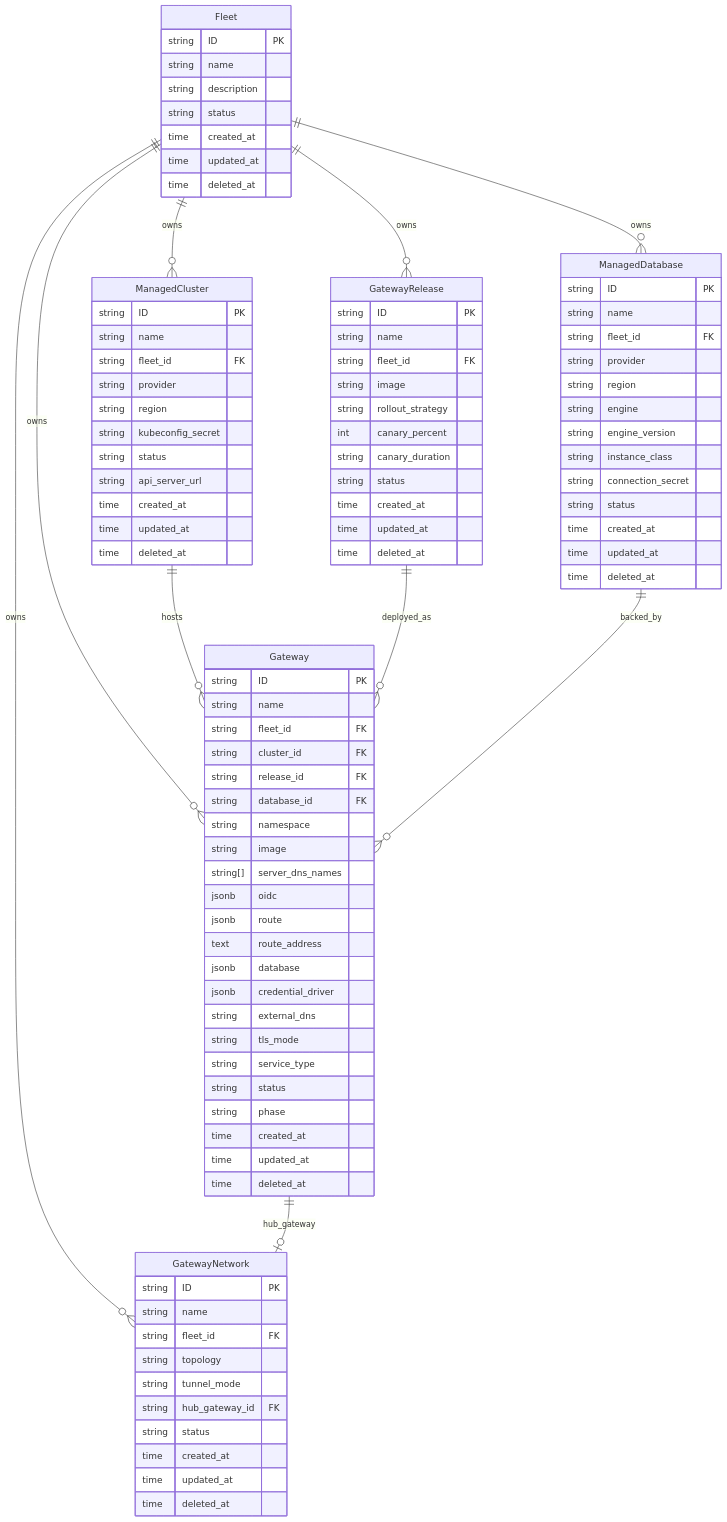
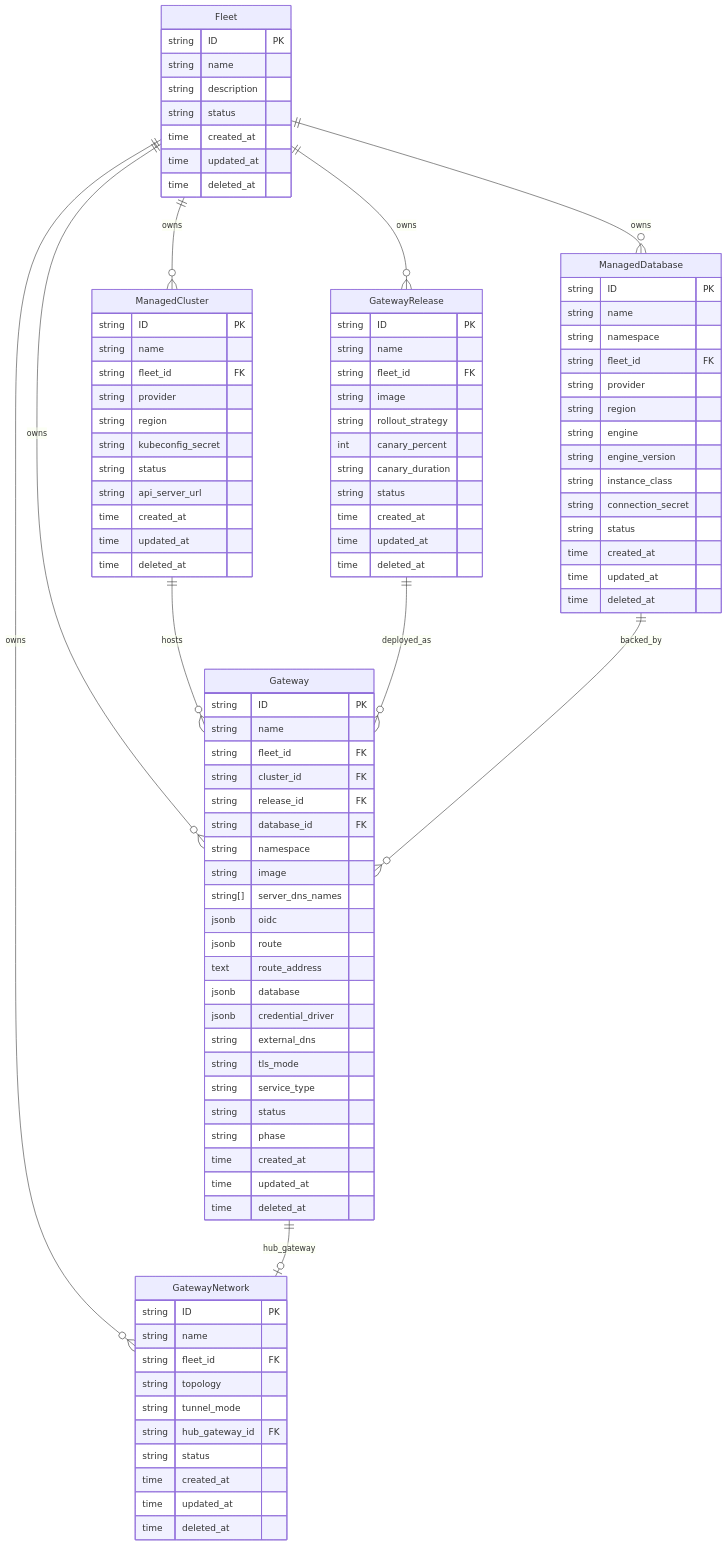
The diagram in specs/platform/data-model.spec.md (JGiola/hypershell), drawn with Mermaid before and after one commit. The commit also changed 107 other files, not shown here.

```diff
--- a/specs/platform/data-model.spec.md
+++ b/specs/platform/data-model.spec.md
@@ -50,6 +50,7 @@
     ManagedDatabase {
         string ID PK
         string name
+        string namespace
         string fleet_id FK
         string provider
         string region
```
